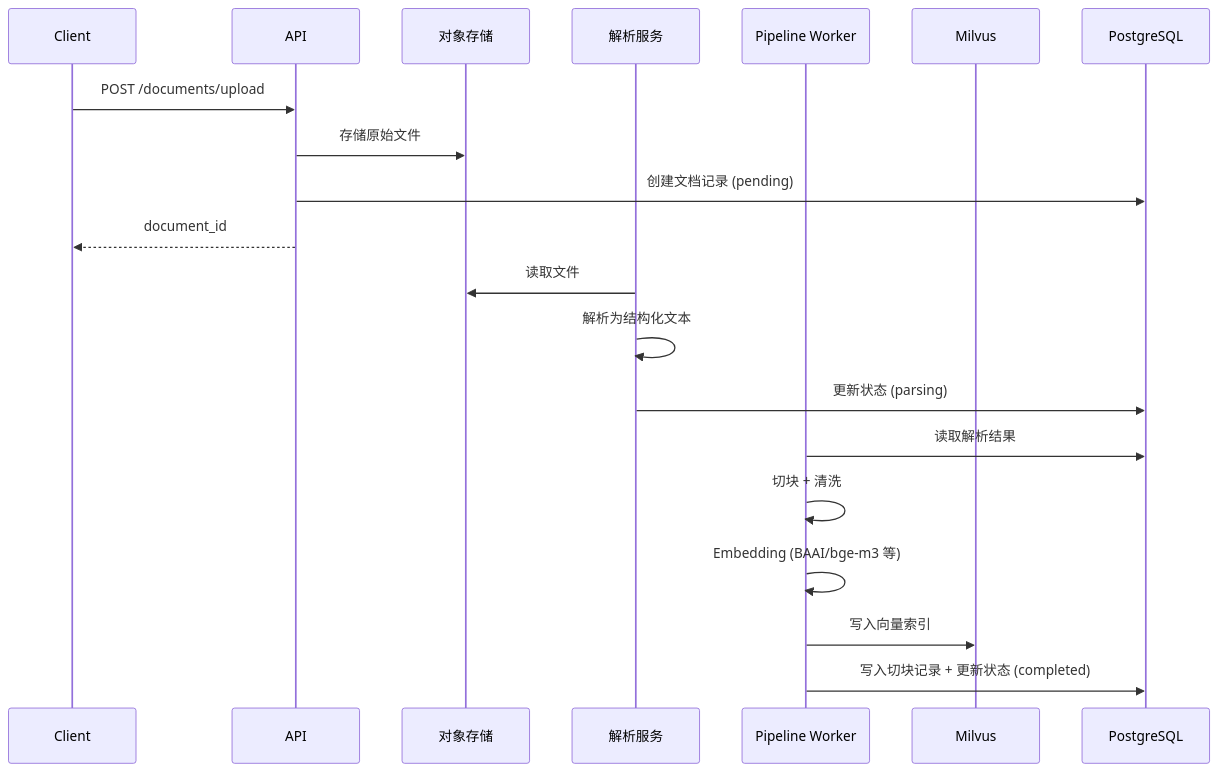
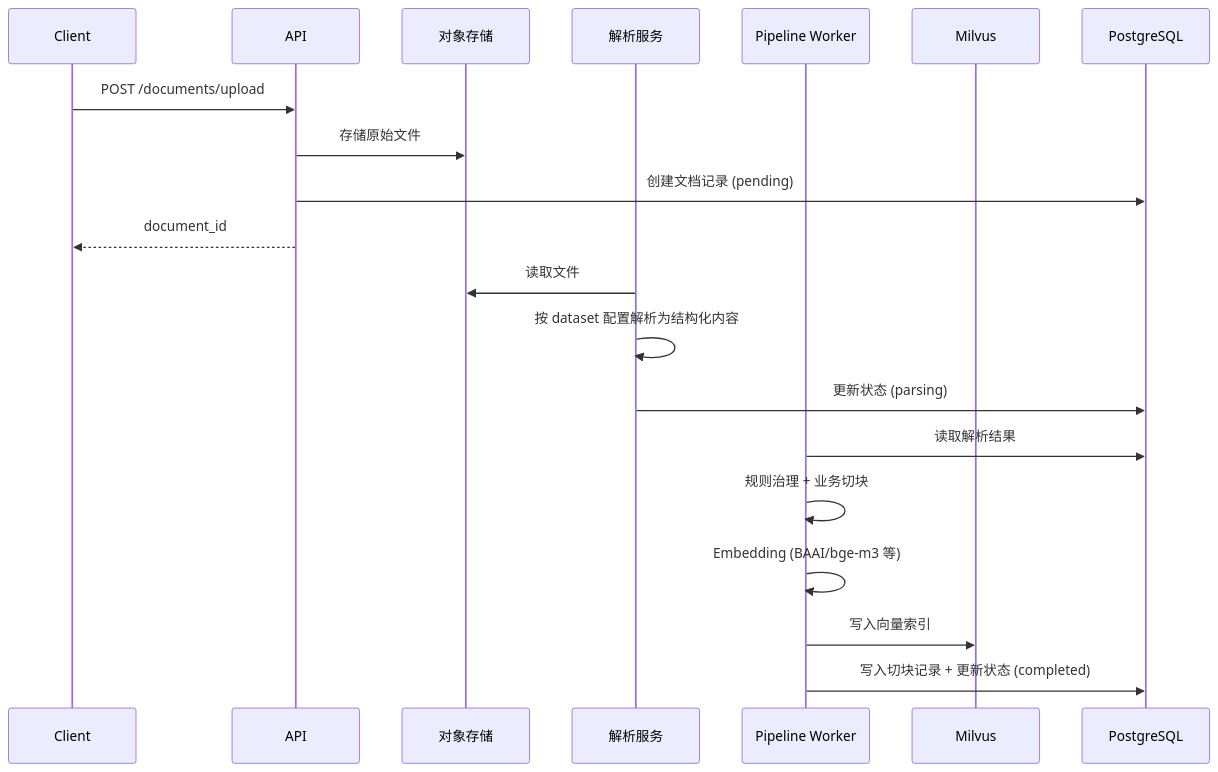
One commit to skygazer42/MimirQ changed the second of 4 diagrams in docs-site/docs/integration/more/rag-flow.md. Above: the diagram before and after it, drawn with Mermaid. The commit also changed other lines of this file and 6 other files, not shown here.

````diff
--- a/docs-site/docs/integration/more/rag-flow.md
+++ b/docs-site/docs/integration/more/rag-flow.md
@@ -48,25 +71,25 @@
 ```mermaid
 sequenceDiagram
     participant Client
     participant API
     participant Store as 对象存储
     participant Parser as 解析服务
     participant Pipeline as Pipeline Worker
     participant VecDB as Milvus
     participant DB as PostgreSQL
 
     Client->>API: POST /documents/upload
     API->>Store: 存储原始文件
     API->>DB: 创建文档记录 (pending)
     API-->>Client: document_id
 
     Parser->>Store: 读取文件
-    Parser->>Parser: 解析为结构化文本
+    Parser->>Parser: 按 dataset 配置解析为结构化内容
     Parser->>DB: 更新状态 (parsing)
 
     Pipeline->>DB: 读取解析结果
-    Pipeline->>Pipeline: 切块 + 清洗
+    Pipeline->>Pipeline: 规则治理 + 业务切块
     Pipeline->>Pipeline: Embedding (BAAI/bge-m3 等)
     Pipeline->>VecDB: 写入向量索引
     Pipeline->>DB: 写入切块记录 + 更新状态 (completed)
 ```
````
